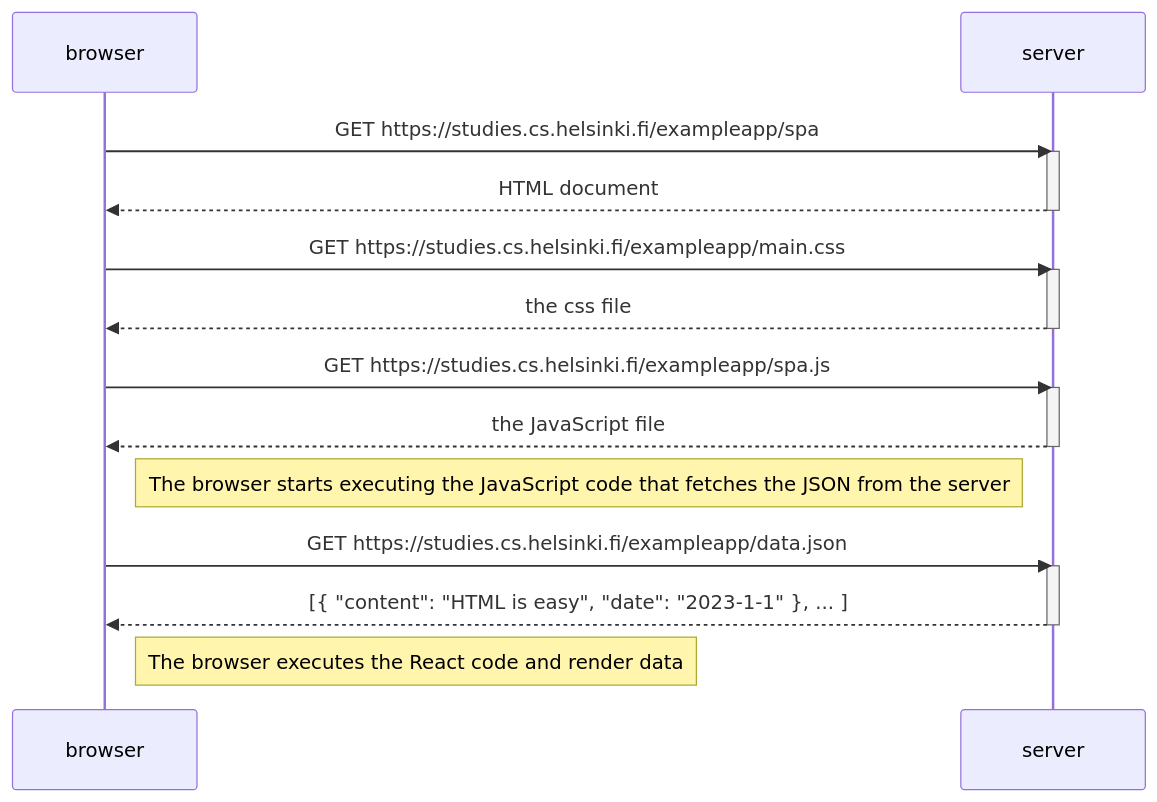
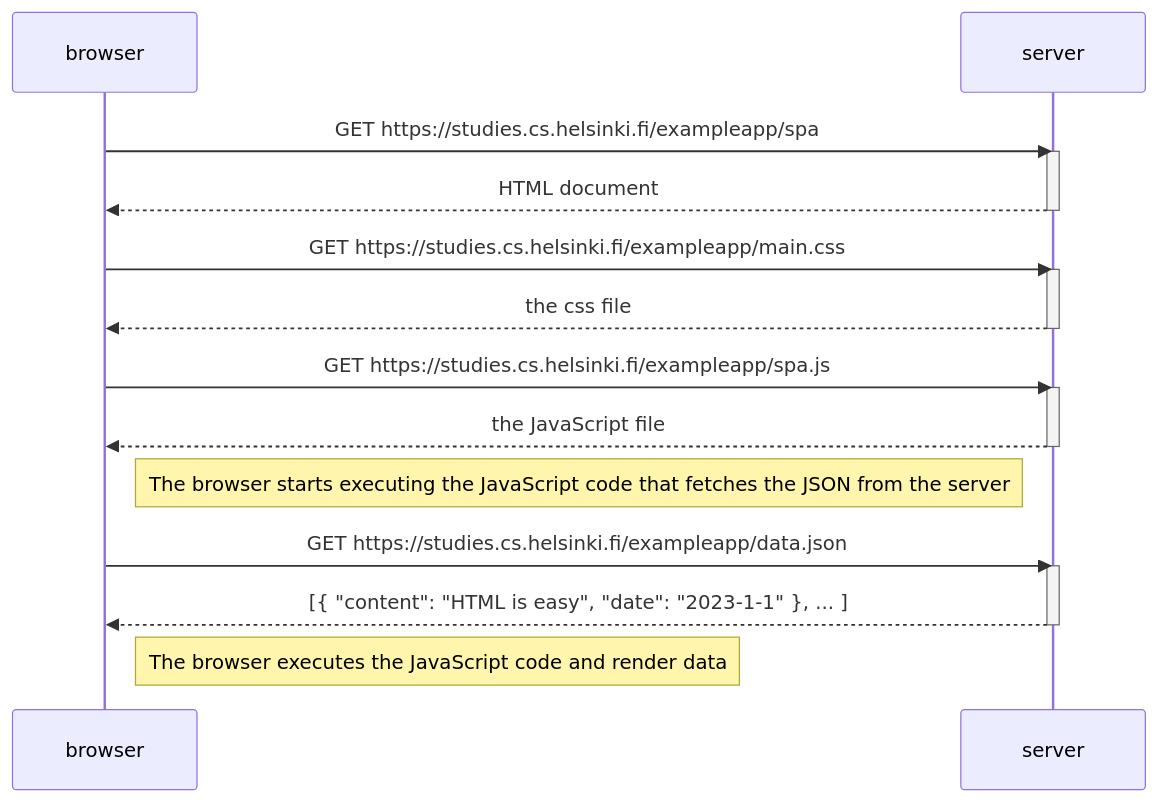
One commit to knightdm/FullStackOpen changed the diagram in part0/0.5.md. Above: the diagram before and after it, drawn with Mermaid.

Commit message:
Update 0.5.md
fix mistake at the description

````diff
--- a/part0/0.5.md
+++ b/part0/0.5.md
@@ -1,29 +1,29 @@
 ```mermaid
 sequenceDiagram
     participant browser
     participant server
 
     browser->>server: GET https://studies.cs.helsinki.fi/exampleapp/spa
     activate server
     server-->>browser: HTML document
     deactivate server
 
     browser->>server: GET https://studies.cs.helsinki.fi/exampleapp/main.css
     activate server
     server-->>browser: the css file
     deactivate server
 
     browser->>server: GET https://studies.cs.helsinki.fi/exampleapp/spa.js
     activate server
     server-->>browser: the JavaScript file
     deactivate server
 
     Note right of browser: The browser starts executing the JavaScript code that fetches the JSON from the server
 
     browser->>server: GET https://studies.cs.helsinki.fi/exampleapp/data.json
     activate server
     server-->>browser: [{ "content": "HTML is easy", "date": "2023-1-1" }, ... ]
     deactivate server
 
-    Note right of browser: The browser executes the React code and render data
+    Note right of browser: The browser executes the JavaScript code and render data
 ```
````
